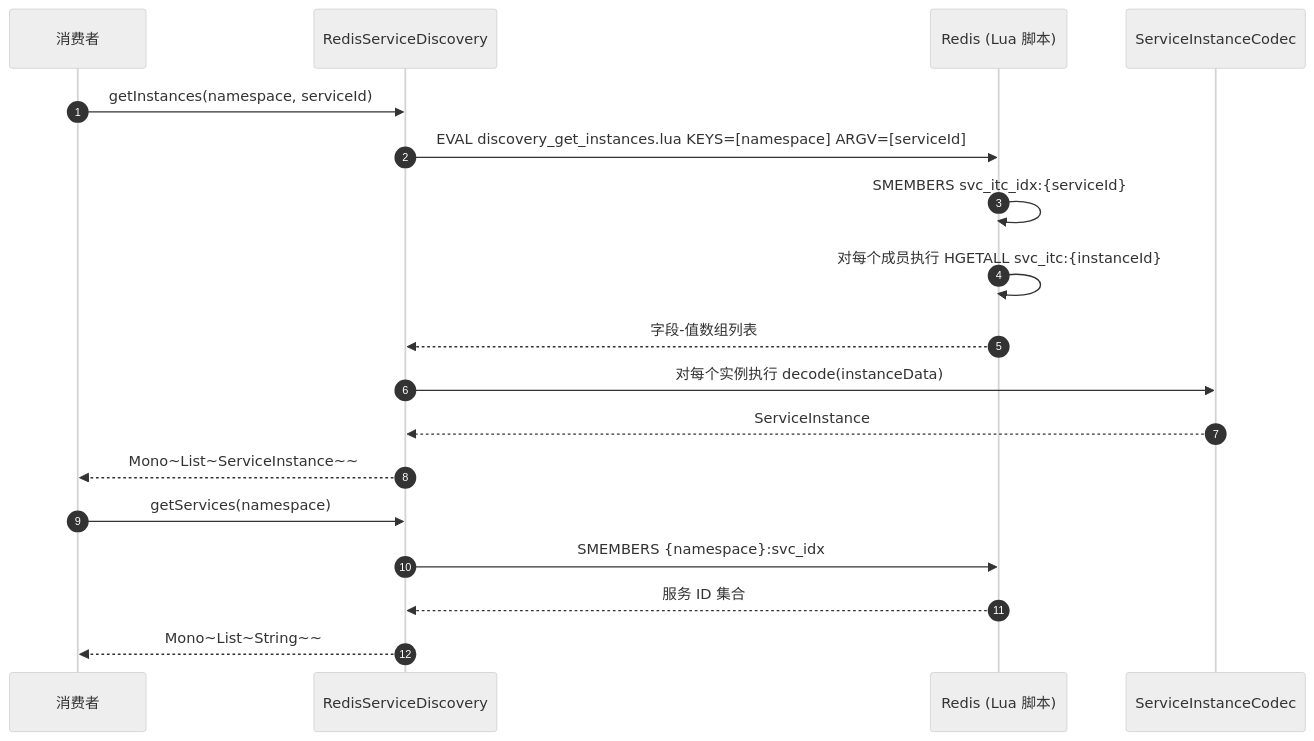
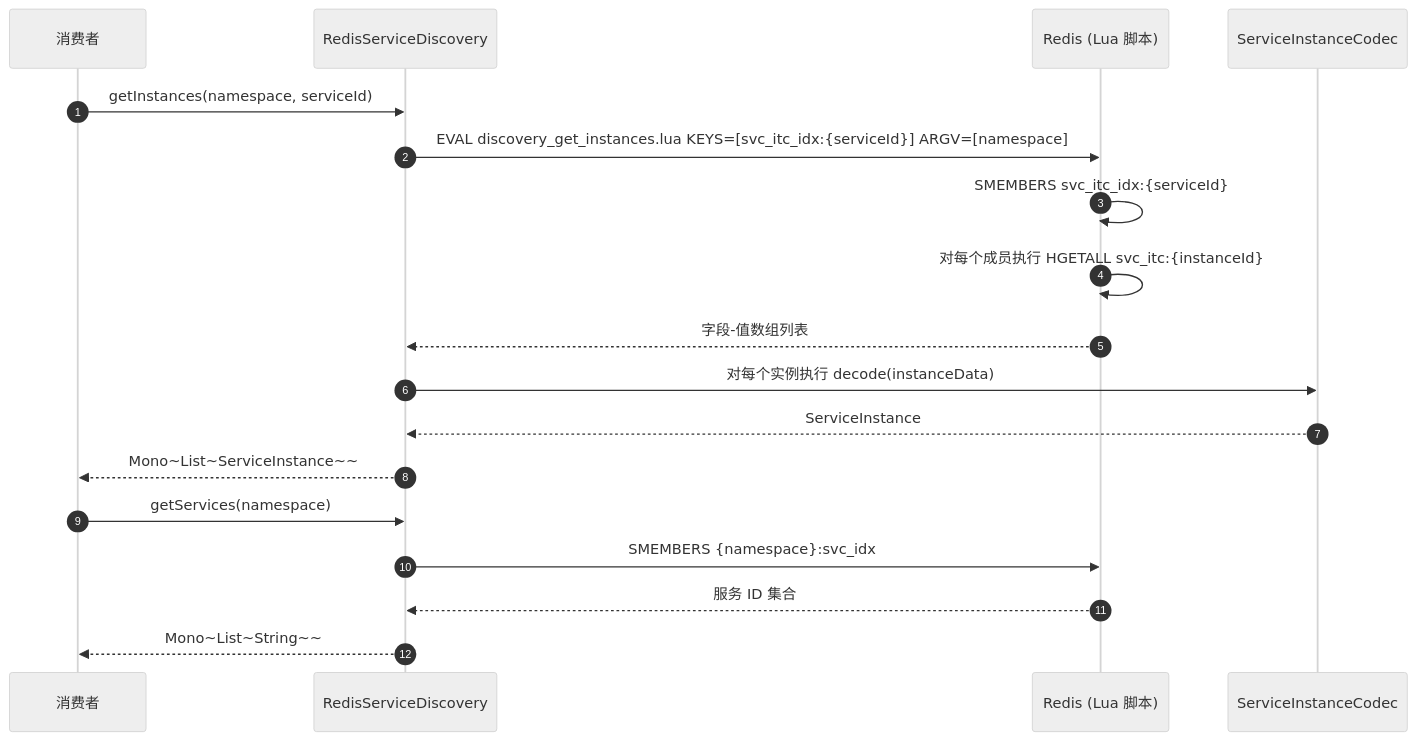
Before and after one commit to Ahoo-Wang/CoSky: the first of 4 diagrams in wiki/zh/guide/service-discovery.md, drawn with Mermaid (neutral theme). The commit also changed other lines of this file and 26 other files, not shown here.

````diff
--- a/wiki/zh/guide/service-discovery.md
+++ b/wiki/zh/guide/service-discovery.md
@@ -95,22 +95,22 @@
 ```mermaid
 sequenceDiagram
     autonumber
     participant Client as 消费者
     participant RSD as RedisServiceDiscovery
     participant Redis as Redis (Lua 脚本)
     participant Codec as ServiceInstanceCodec
 
     Client->>RSD: getInstances(namespace, serviceId)
-    RSD->>Redis: EVAL discovery_get_instances.lua KEYS=[namespace] ARGV=[serviceId]
+    RSD->>Redis: EVAL discovery_get_instances.lua KEYS=[svc_itc_idx:{serviceId}] ARGV=[namespace]
     Redis->>Redis: SMEMBERS svc_itc_idx:{serviceId}
     Redis->>Redis: 对每个成员执行 HGETALL svc_itc:{instanceId}
     Redis-->>RSD: 字段-值数组列表
     RSD->>Codec: 对每个实例执行 decode(instanceData)
     Codec-->>RSD: ServiceInstance
     RSD-->>Client: Mono~List~ServiceInstance~~
 
     Client->>RSD: getServices(namespace)
     RSD->>Redis: SMEMBERS {namespace}:svc_idx
     Redis-->>RSD: 服务 ID 集合
     RSD-->>Client: Mono~List~String~~
 ```
````
